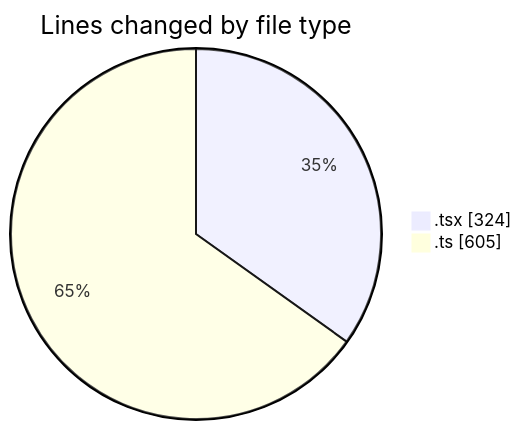
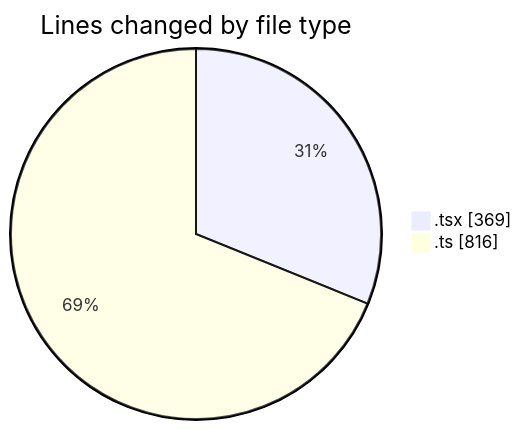
One commit to julien-gomy/code-tracking changed the first of 2 diagrams in 2025-10-20/eventscop-frontend-guide__workspace_/README.md. Above: the diagram before and after it, drawn with Mermaid. The commit also changed other lines of this file and 1 other file, not shown here.

````diff
--- a/2025-10-20/eventscop-frontend-guide__workspace_/README.md
+++ b/2025-10-20/eventscop-frontend-guide__workspace_/README.md
@@ -28,6 +30,6 @@
 ```mermaid
 pie showData
 title Lines changed by file type
-".tsx" : 324
-".ts" : 605
+".tsx" : 369
+".ts" : 816
 ```
````
